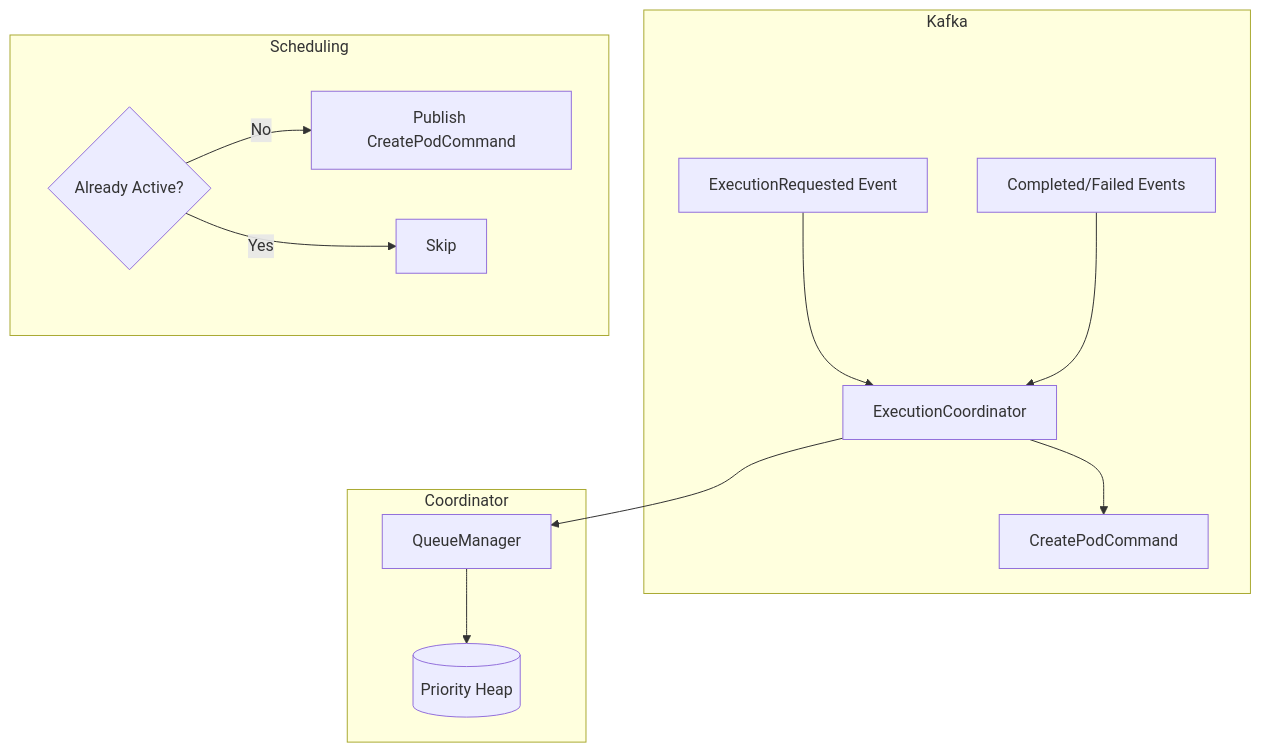
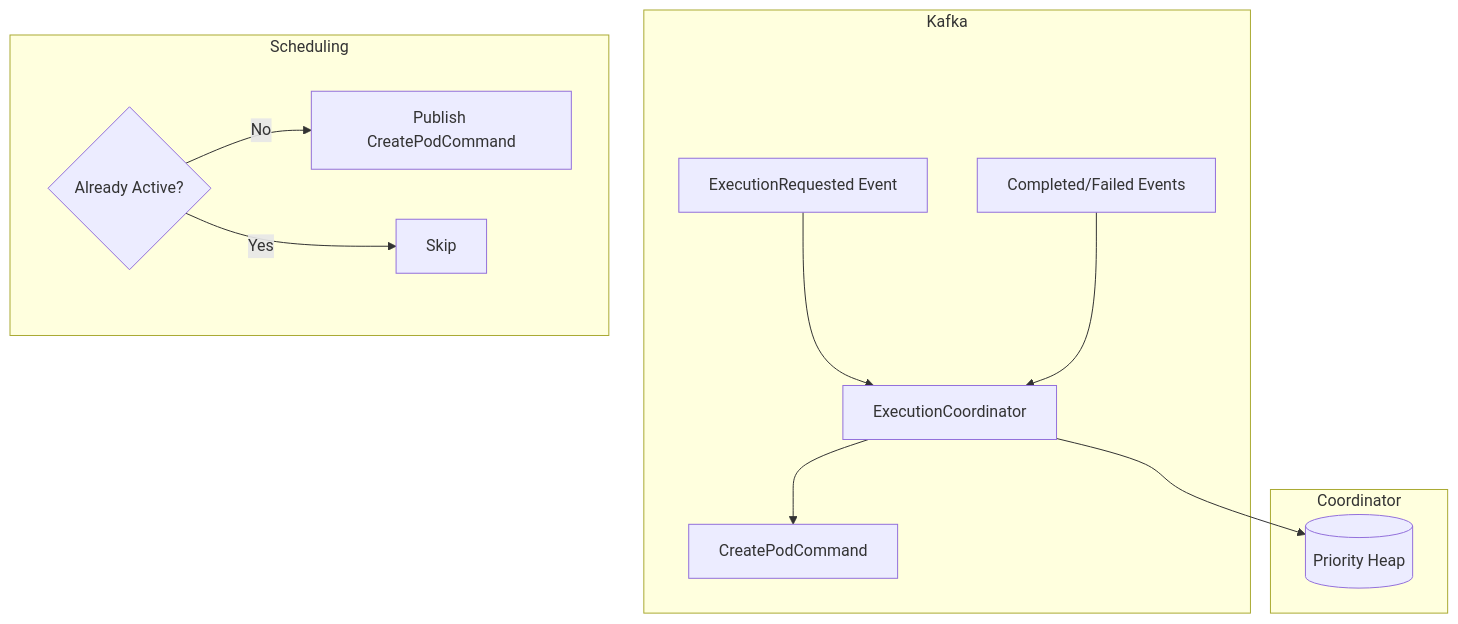
The diagram in docs/architecture/execution-queue.md (HardMax71/Integr8sCode), drawn with Mermaid before and after one commit. The commit also changed other lines of this file and 20 other files, not shown here.

````diff
--- a/docs/architecture/execution-queue.md
+++ b/docs/architecture/execution-queue.md
@@ -9,18 +9,17 @@
 ```mermaid
 flowchart TB
     subgraph Kafka
         REQ[ExecutionRequested Event] --> COORD[ExecutionCoordinator]
         COORD --> CMD[CreatePodCommand]
         RESULT[Completed/Failed Events] --> COORD
     end
 
     subgraph Coordinator
-        COORD --> QUEUE[QueueManager]
-        QUEUE --> HEAP[(Priority Heap)]
+        COORD --> HEAP[(Priority Heap)]
     end
 
     subgraph Scheduling
         DEDUP{Already Active?} -->|No| PUBLISH[Publish CreatePodCommand]
         DEDUP -->|Yes| SKIP[Skip]
     end
 ```
````
